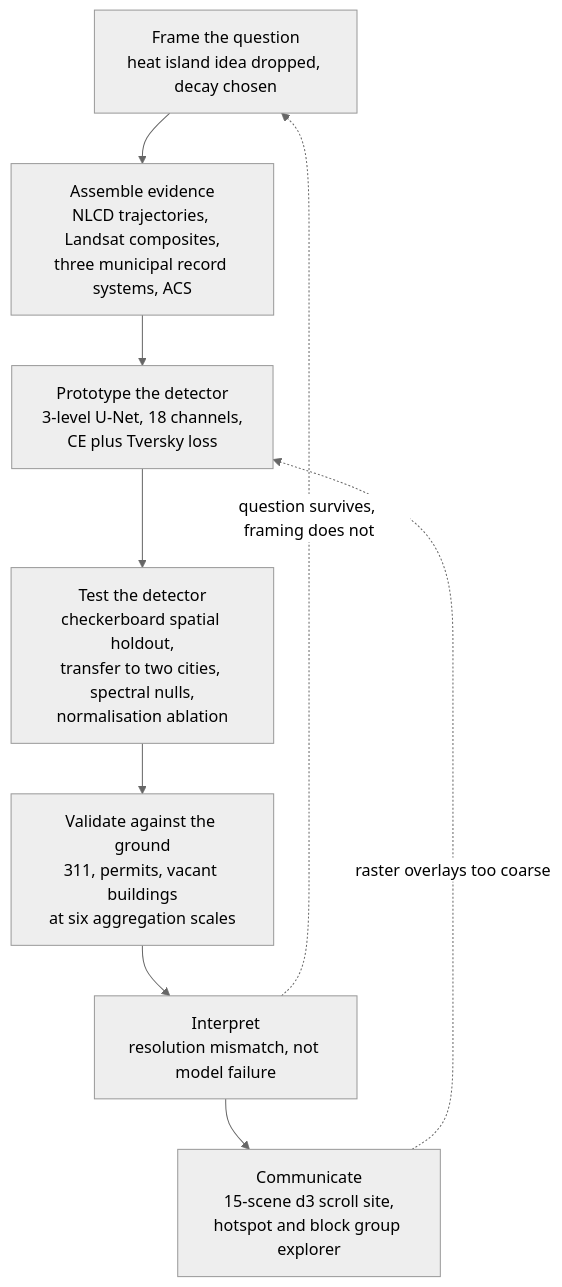
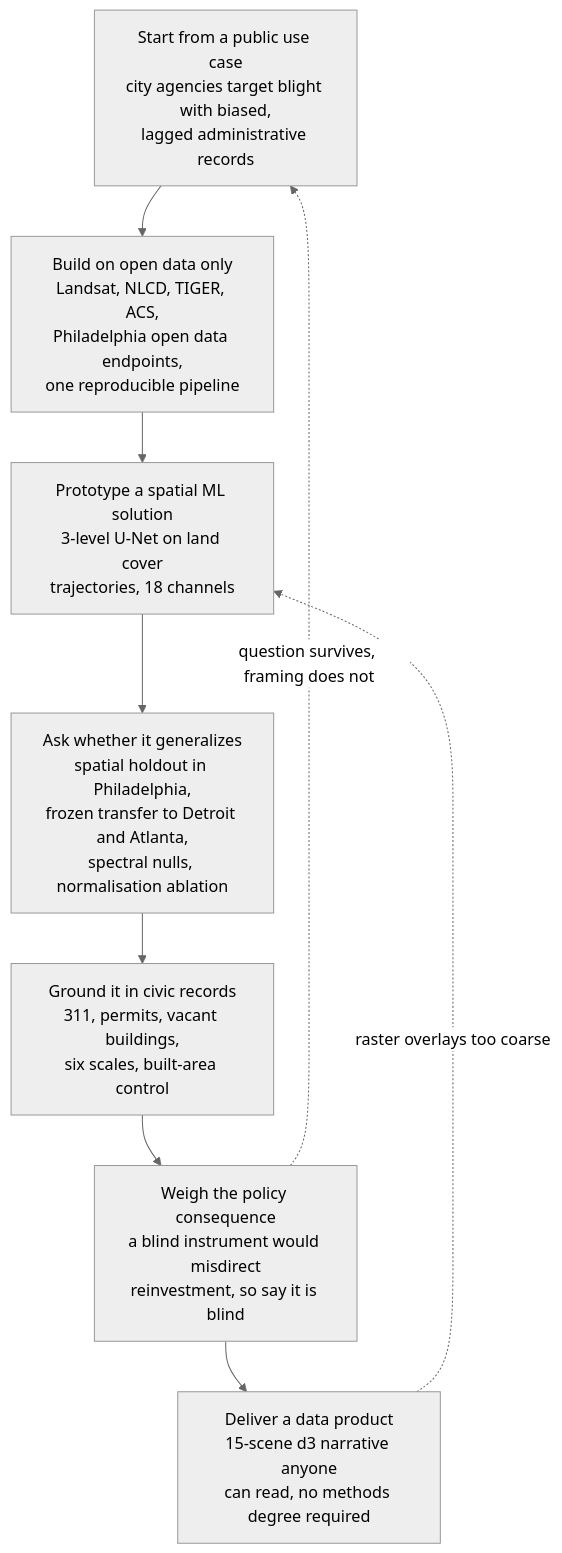
One commit to cyber-hbliu/musa650-finalproject changed the diagram in README.md. Above: the diagram before and after it, drawn with Mermaid (neutral theme). The commit also changed other lines of this file, not shown here.

Commit message:
Enhance clarity and readability in README.md
Updated text for clarity and improved readability in the README.

````diff
--- a/README.md
+++ b/README.md
@@ -21,13 +19,13 @@
 ```mermaid
 flowchart TD
-    A["Frame the question<br/>heat island idea dropped, decay chosen"]
-    B["Assemble evidence<br/>NLCD trajectories, Landsat composites,<br/>three municipal record systems, ACS"]
-    C["Prototype the detector<br/>3-level U-Net, 18 channels,<br/>CE plus Tversky loss"]
-    D["Test the detector<br/>checkerboard spatial holdout,<br/>transfer to two cities, spectral nulls,<br/>normalisation ablation"]
-    E["Validate against the ground<br/>311, permits, vacant buildings<br/>at six aggregation scales"]
-    F["Interpret<br/>resolution mismatch, not model failure"]
-    G["Communicate<br/>15-scene d3 scroll site,<br/>hotspot and block group explorer"]
+    A["Start from a public use case<br/>city agencies target blight with biased,<br/>lagged administrative records"]
+    B["Build on open data only<br/>Landsat, NLCD, TIGER, ACS,<br/>Philadelphia open data endpoints,<br/>one reproducible pipeline"]
+    C["Prototype a spatial ML solution<br/>3-level U-Net on land cover<br/>trajectories, 18 channels"]
+    D["Ask whether it generalizes<br/>spatial holdout in Philadelphia,<br/>frozen transfer to Detroit and Atlanta,<br/>spectral nulls, normalisation ablation"]
+    E["Ground it in civic records<br/>311, permits, vacant buildings,<br/>six scales, built-area control"]
+    F["Weigh the policy consequence<br/>a blind instrument would misdirect<br/>reinvestment, so say it is blind"]
+    G["Deliver a data product<br/>15-scene d3 narrative anyone<br/>can read, no methods degree required"]
     A --> B --> C --> D --> E --> F --> G
     F -.->|question survives, framing does not| A
     G -.->|raster overlays too coarse| C
 ```
````
